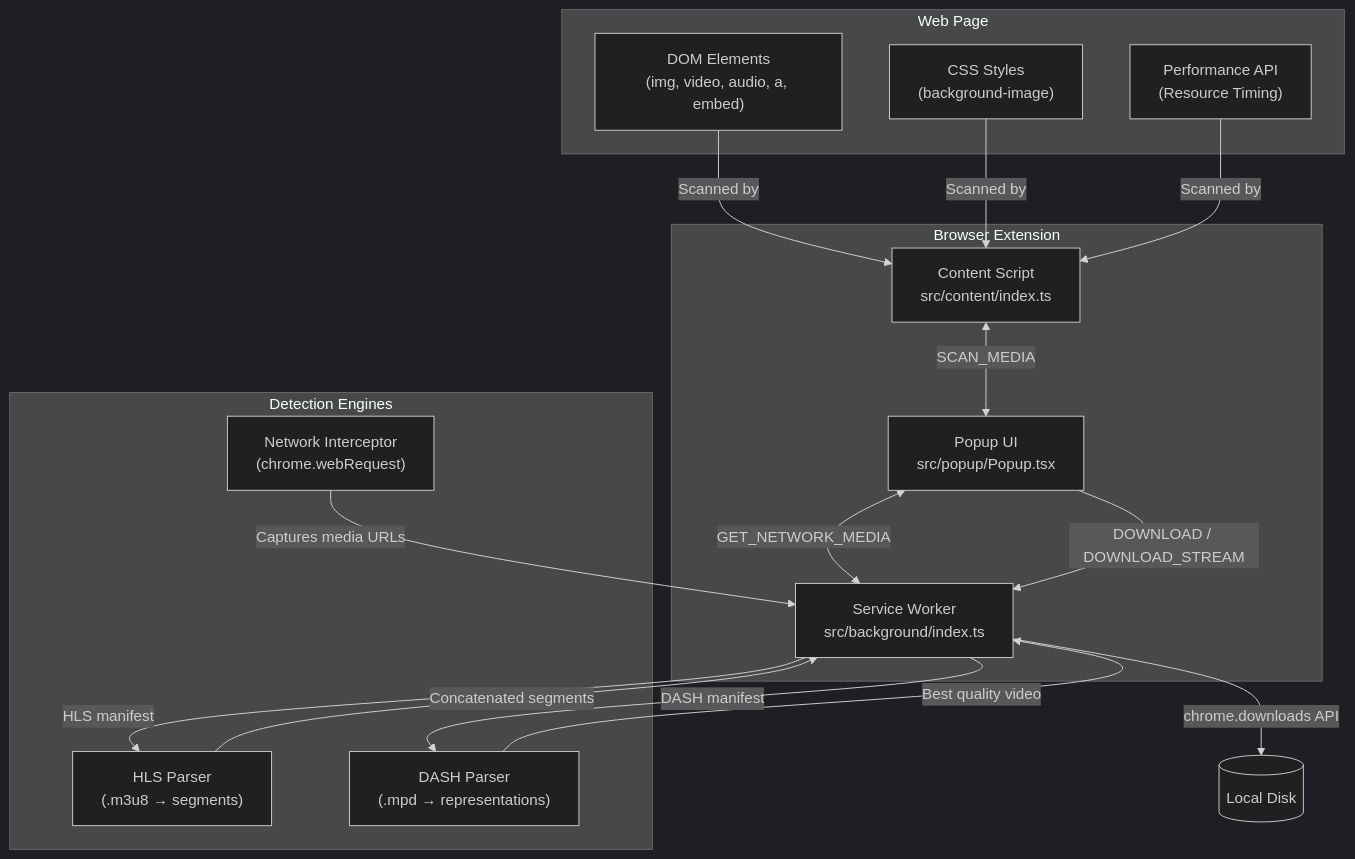
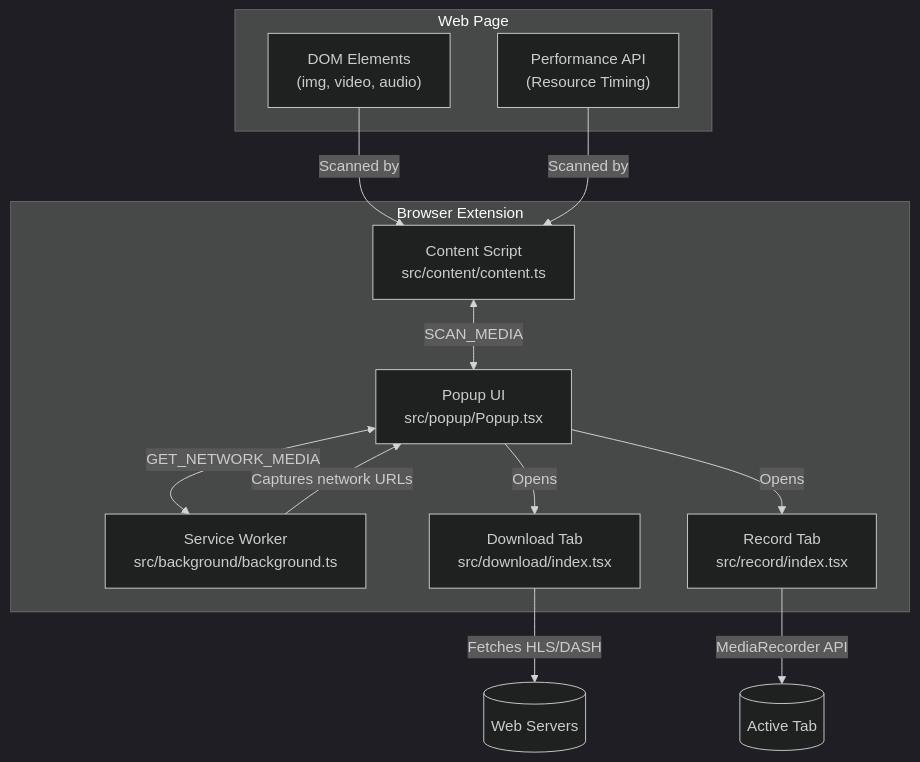
The diagram in README.md (steve-237/media-downloader), drawn with Mermaid (dark theme) before and after one commit. The commit also changed other lines of this file and 1 other file, not shown here.

Commit message:
docs: restructure project documentation (Global and Src)

````diff
--- a/README.md
+++ b/README.md
@@ -22,36 +25,29 @@
 ```mermaid
 graph TD
     subgraph Web Page
-        DOM["DOM Elements<br/>(img, video, audio, a, embed)"]
-        CSS["CSS Styles<br/>(background-image)"]
+        DOM["DOM Elements<br/>(img, video, audio)"]
         PERF["Performance API<br/>(Resource Timing)"]
     end
 
     subgraph Browser Extension
-        CS["Content Script<br/>src/content/index.ts"]
-        SW["Service Worker<br/>src/background/index.ts"]
+        CS["Content Script<br/>src/content/content.ts"]
+        SW["Service Worker<br/>src/background/background.ts"]
         POP["Popup UI<br/>src/popup/Popup.tsx"]
-    end
-
-    subgraph Detection Engines
-        NET["Network Interceptor<br/>(chrome.webRequest)"]
-        HLS["HLS Parser<br/>(.m3u8 → segments)"]
-        DASH["DASH Parser<br/>(.mpd → representations)"]
+        DL["Download Tab<br/>src/download/index.tsx"]
+        REC["Record Tab<br/>src/record/index.tsx"]
     end
 
     DOM -->|Scanned by| CS
-    CSS -->|Scanned by| CS
     PERF -->|Scanned by| CS
 
     CS <-->|SCAN_MEDIA| POP
     POP <-->|GET_NETWORK_MEDIA| SW
-    POP -->|DOWNLOAD / DOWNLOAD_STREAM| SW
+    
+    POP -->|Opens| DL
+    POP -->|Opens| REC
 
-    NET -->|Captures media URLs| SW
-    SW -->|HLS manifest| HLS
-    SW -->|DASH manifest| DASH
-    HLS -->|Concatenated segments| SW
-    DASH -->|Best quality video| SW
-
-    SW -->|chrome.downloads API| Disk[(Local Disk)]
+    SW -->|Captures network URLs| POP
+    
+    DL -->|Fetches HLS/DASH| Web[(Web Servers)]
+    REC -->|MediaRecorder API| Tab[(Active Tab)]
 ```
````
